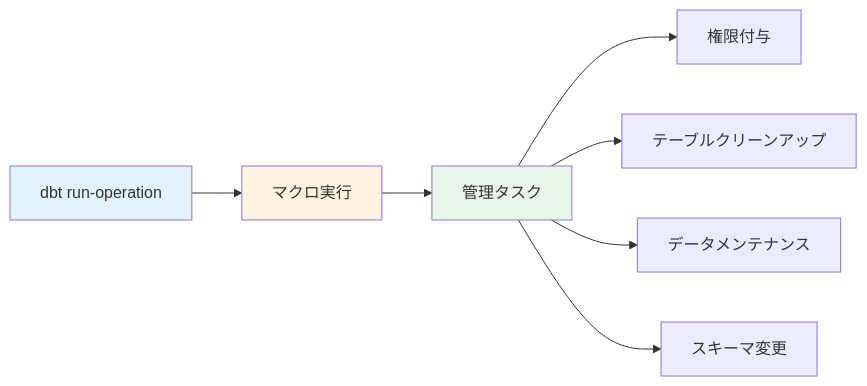
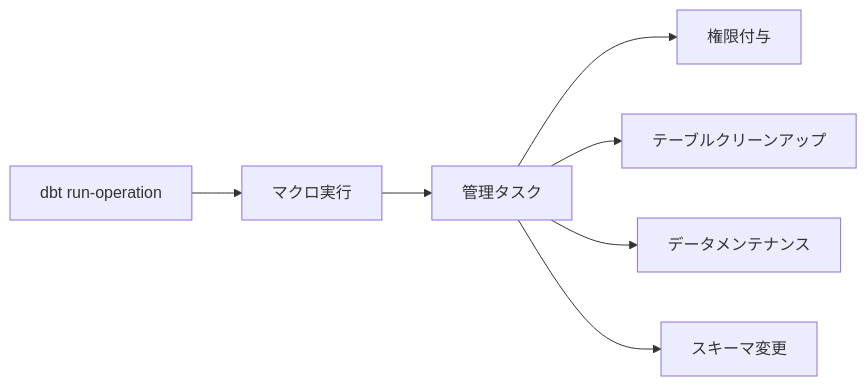
One commit to 1210yuichi0/1210yuichi0.github.io changed the sixth of 9 diagrams in content/Tech/dbt/categories/hooks-config.md. Above: the diagram before and after it, drawn with Mermaid. The commit also changed other lines of this file and 22 other files, not shown here.

First line of the commit message:
style: remove Mermaid style directives for dark mode compatibility

````diff
--- a/content/Tech/dbt/categories/hooks-config.md
+++ b/content/Tech/dbt/categories/hooks-config.md
@@ -812,14 +804,11 @@
 ```mermaid
 flowchart LR
     A[dbt run-operation] --> B[マクロ実行]
     B --> C[管理タスク]
 
     C --> D[権限付与]
     C --> E[テーブルクリーンアップ]
     C --> F[データメンテナンス]
     C --> G[スキーマ変更]
 
-    style A fill:#e3f2fd
-    style B fill:#fff3e0
-    style C fill:#e8f5e9
 ```
````
